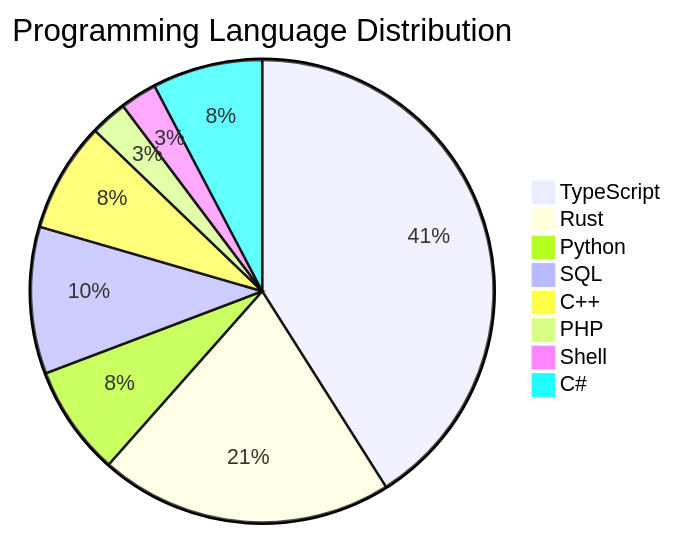
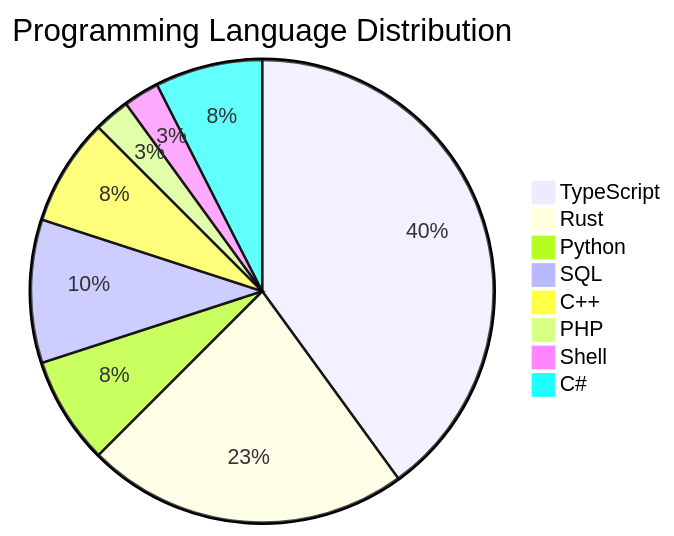
One commit to ernivani/leetcode-solutions changed the second of 2 diagrams in JOURNAL.md. Above: the diagram before and after it, drawn with Mermaid. The commit also changed other lines of this file and 2 other files, not shown here.

Commit message:
Update JOURNAL.md and README.md to add a new entry for problem 2559: Count Vowel Strings in Ranges with a corresponding Rust solution. Adjust problem difficulty and programming language distribution statistics to reflect the new entry. Ensure proper formatting throughout.

````diff
--- a/JOURNAL.md
+++ b/JOURNAL.md
@@ -58,11 +59,11 @@
 ```mermaid
 pie title Programming Language Distribution
     "TypeScript" : 16
-    "Rust" : 8
+    "Rust" : 9
     "Python" : 3
     "SQL" : 4
     "C++" : 3
     "PHP" : 1
     "Shell" : 1
     "C#" : 3
 ```
````
